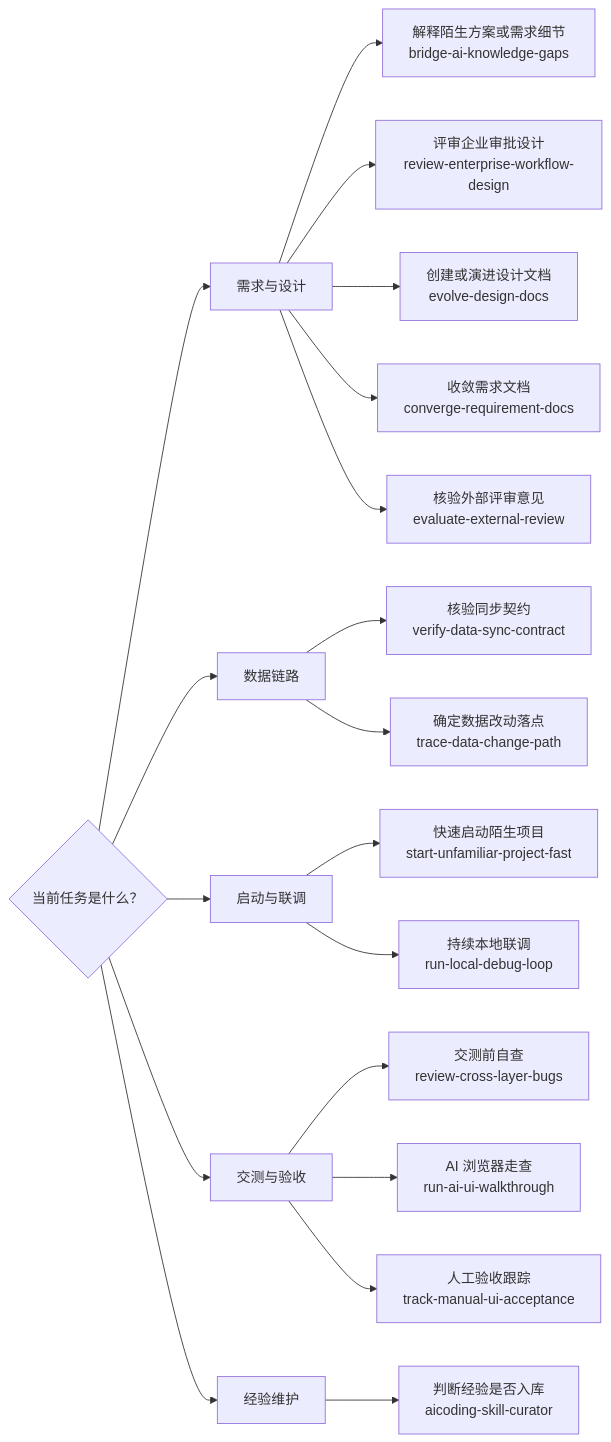
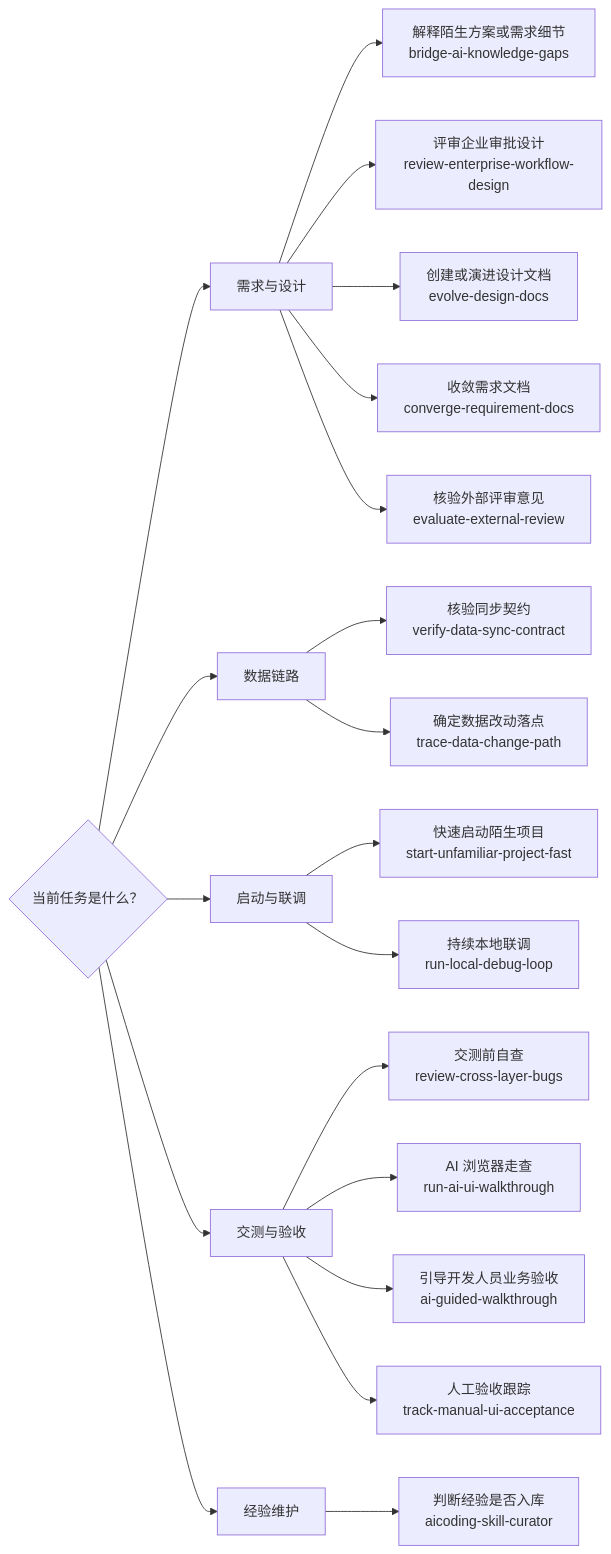
The diagram in README.md (KelvinFanXian/aicoding), drawn with Mermaid before and after one commit. The commit also changed other lines of this file and 3 other files, not shown here.

````diff
--- a/README.md
+++ b/README.md
@@ -50,22 +51,23 @@
 ```mermaid
 flowchart LR
     Q{"当前任务是什么？"}
     Q --> A["需求与设计"]
     A --> A1["解释陌生方案或需求细节<br/>bridge-ai-knowledge-gaps"]
     A --> A2["评审企业审批设计<br/>review-enterprise-workflow-design"]
     A --> A3["创建或演进设计文档<br/>evolve-design-docs"]
     A --> A4["收敛需求文档<br/>converge-requirement-docs"]
     A --> A5["核验外部评审意见<br/>evaluate-external-review"]
     Q --> B["数据链路"]
     B --> B1["核验同步契约<br/>verify-data-sync-contract"]
     B --> B2["确定数据改动落点<br/>trace-data-change-path"]
     Q --> C["启动与联调"]
     C --> C1["快速启动陌生项目<br/>start-unfamiliar-project-fast"]
     C --> C2["持续本地联调<br/>run-local-debug-loop"]
     Q --> D["交测与验收"]
     D --> D1["交测前自查<br/>review-cross-layer-bugs"]
     D --> D2["AI 浏览器走查<br/>run-ai-ui-walkthrough"]
-    D --> D3["人工验收跟踪<br/>track-manual-ui-acceptance"]
+    D --> D3["引导开发人员业务验收<br/>ai-guided-walkthrough"]
+    D --> D4["人工验收跟踪<br/>track-manual-ui-acceptance"]
     Q --> E["经验维护"]
     E --> E1["判断经验是否入库<br/>aicoding-skill-curator"]
 ```
````
